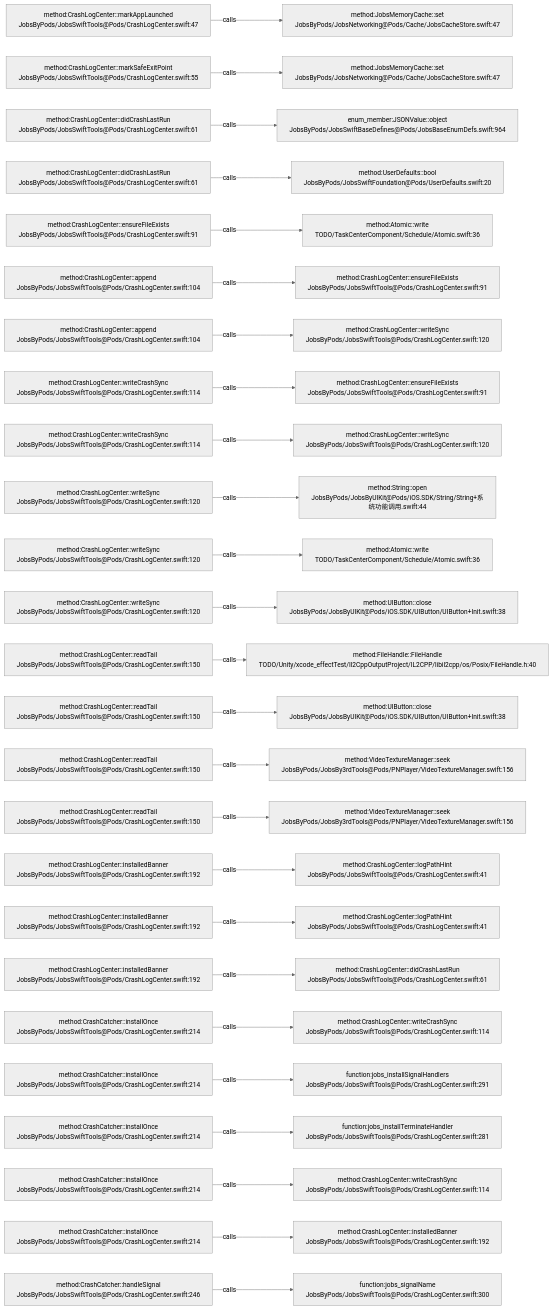
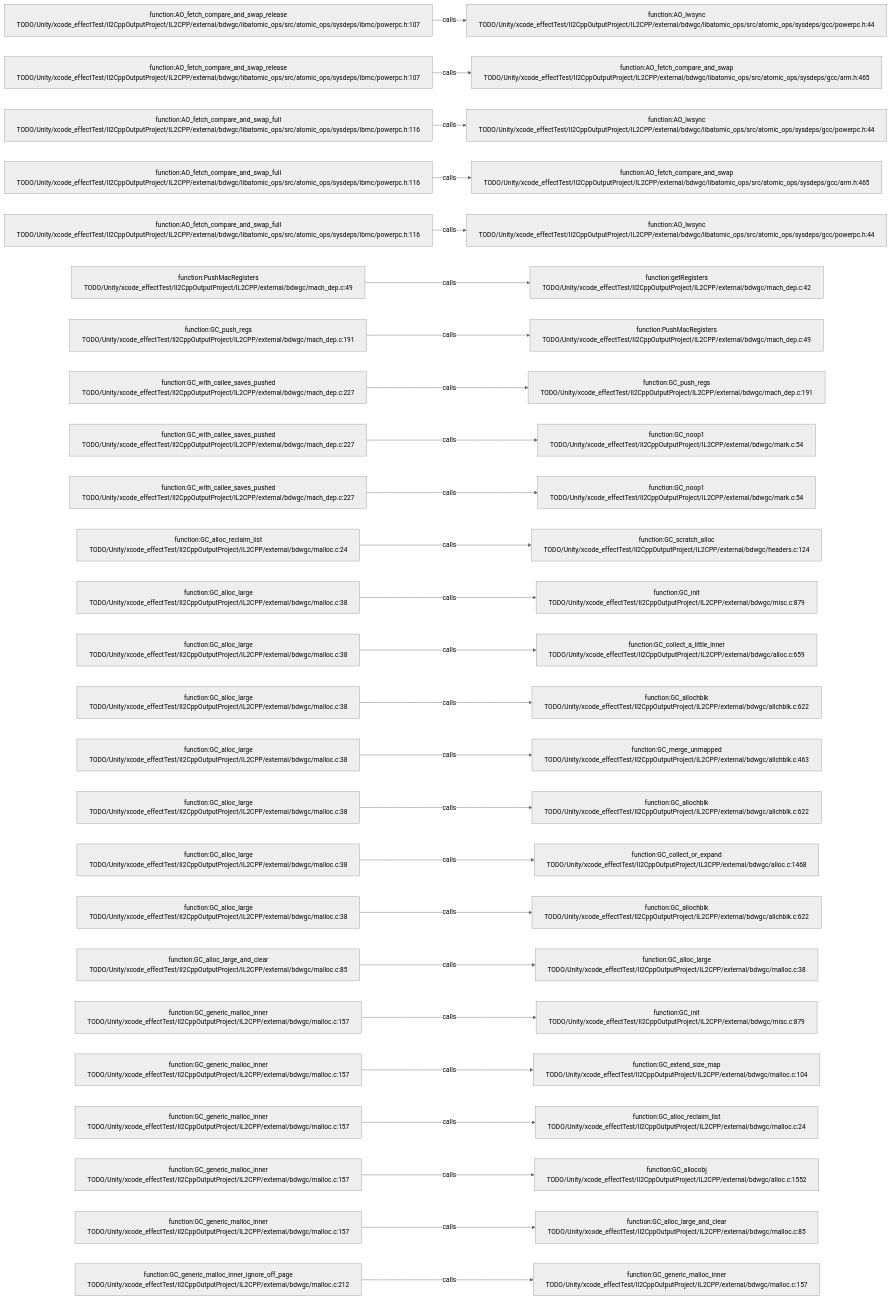
Before and after one commit to JobsKits/JobsSwiftBaseConfigDemo: the diagram in .codegraph/codegraph.md/graphs/calls-192.md, drawn with Mermaid (neutral theme). The commit also changed 569 other files, not shown here.

````diff
--- a/.codegraph/codegraph.md/graphs/calls-192.md
+++ b/.codegraph/codegraph.md/graphs/calls-192.md
@@ -13,78 +13,78 @@
 ```mermaid
 flowchart LR
-  S1["method:CrashLogCenter::markAppLaunched<br/>JobsByPods/JobsSwiftTools@Pods/CrashLogCenter.swift:47"]
-  T1["method:JobsMemoryCache::set<br/>JobsByPods/JobsNetworking@Pods/Cache/JobsCacheStore.swift:47"]
+  S1["function:AO_fetch_compare_and_swap_release<br/>TODO/Unity/xcode_effectTest/Il2CppOutputProject/IL2CPP/external/bdwgc/libatomic_ops/src/atomic_ops/sysdeps/ibmc/powerpc.h:107"]
+  T1["function:AO_lwsync<br/>TODO/Unity/xcode_effectTest/Il2CppOutputProject/IL2CPP/external/bdwgc/libatomic_ops/src/atomic_ops/sysdeps/gcc/powerpc.h:44"]
   S1 -->|calls| T1
-  S2["method:CrashLogCenter::markSafeExitPoint<br/>JobsByPods/JobsSwiftTools@Pods/CrashLogCenter.swift:55"]
-  T2["method:JobsMemoryCache::set<br/>JobsByPods/JobsNetworking@Pods/Cache/JobsCacheStore.swift:47"]
+  S2["function:AO_fetch_compare_and_swap_release<br/>TODO/Unity/xcode_effectTest/Il2CppOutputProject/IL2CPP/external/bdwgc/libatomic_ops/src/atomic_ops/sysdeps/ibmc/powerpc.h:107"]
+  T2["function:AO_fetch_compare_and_swap<br/>TODO/Unity/xcode_effectTest/Il2CppOutputProject/IL2CPP/external/bdwgc/libatomic_ops/src/atomic_ops/sysdeps/gcc/arm.h:465"]
   S2 -->|calls| T2
-  S3["method:CrashLogCenter::didCrashLastRun<br/>JobsByPods/JobsSwiftTools@Pods/CrashLogCenter.swift:61"]
-  T3["enum_member:JSONValue::object<br/>JobsByPods/JobsSwiftBaseDefines@Pods/JobsBaseEnumDefs.swift:964"]
+  S3["function:AO_fetch_compare_and_swap_full<br/>TODO/Unity/xcode_effectTest/Il2CppOutputProject/IL2CPP/external/bdwgc/libatomic_ops/src/atomic_ops/sysdeps/ibmc/powerpc.h:116"]
+  T3["function:AO_lwsync<br/>TODO/Unity/xcode_effectTest/Il2CppOutputProject/IL2CPP/external/bdwgc/libatomic_ops/src/atomic_ops/sysdeps/gcc/powerpc.h:44"]
   S3 -->|calls| T3
-  S4["method:CrashLogCenter::didCrashLastRun<br/>JobsByPods/JobsSwiftTools@Pods/CrashLogCenter.swift:61"]
-  T4["method:UserDefaults::bool<br/>JobsByPods/JobsSwiftFoundation@Pods/UserDefaults.swift:20"]
+  S4["function:AO_fetch_compare_and_swap_full<br/>TODO/Unity/xcode_effectTest/Il2CppOutputProject/IL2CPP/external/bdwgc/libatomic_ops/src/atomic_ops/sysdeps/ibmc/powerpc.h:116"]
+  T4["function:AO_fetch_compare_and_swap<br/>TODO/Unity/xcode_effectTest/Il2CppOutputProject/IL2CPP/external/bdwgc/libatomic_ops/src/atomic_ops/sysdeps/gcc/arm.h:465"]
   S4 -->|calls| T4
-  S5["method:CrashLogCenter::ensureFileExists<br/>JobsByPods/JobsSwiftTools@Pods/CrashLogCenter.swift:91"]
-  T5["method:Atomic::write<br/>TODO/TaskCenterComponent/Schedule/Atomic.swift:36"]
+  S5["function:AO_fetch_compare_and_swap_full<br/>TODO/Unity/xcode_effectTest/Il2CppOutputProject/IL2CPP/external/bdwgc/libatomic_ops/src/atomic_ops/sysdeps/ibmc/powerpc.h:116"]
+  T5["function:AO_lwsync<br/>TODO/Unity/xcode_effectTest/Il2CppOutputProject/IL2CPP/external/bdwgc/libatomic_ops/src/atomic_ops/sysdeps/gcc/powerpc.h:44"]
   S5 -->|calls| T5
-  S6["method:CrashLogCenter::append<br/>JobsByPods/JobsSwiftTools@Pods/CrashLogCenter.swift:104"]
-  T6["method:CrashLogCenter::ensureFileExists<br/>JobsByPods/JobsSwiftTools@Pods/CrashLogCenter.swift:91"]
+  S6["function:PushMacRegisters<br/>TODO/Unity/xcode_effectTest/Il2CppOutputProject/IL2CPP/external/bdwgc/mach_dep.c:49"]
+  T6["function:getRegisters<br/>TODO/Unity/xcode_effectTest/Il2CppOutputProject/IL2CPP/external/bdwgc/mach_dep.c:42"]
   S6 -->|calls| T6
-  S7["method:CrashLogCenter::append<br/>JobsByPods/JobsSwiftTools@Pods/CrashLogCenter.swift:104"]
-  T7["method:CrashLogCenter::writeSync<br/>JobsByPods/JobsSwiftTools@Pods/CrashLogCenter.swift:120"]
+  S7["function:GC_push_regs<br/>TODO/Unity/xcode_effectTest/Il2CppOutputProject/IL2CPP/external/bdwgc/mach_dep.c:191"]
+  T7["function:PushMacRegisters<br/>TODO/Unity/xcode_effectTest/Il2CppOutputProject/IL2CPP/external/bdwgc/mach_dep.c:49"]
   S7 -->|calls| T7
-  S8["method:CrashLogCenter::writeCrashSync<br/>JobsByPods/JobsSwiftTools@Pods/CrashLogCenter.swift:114"]
-  T8["method:CrashLogCenter::ensureFileExists<br/>JobsByPods/JobsSwiftTools@Pods/CrashLogCenter.swift:91"]
+  S8["function:GC_with_callee_saves_pushed<br/>TODO/Unity/xcode_effectTest/Il2CppOutputProject/IL2CPP/external/bdwgc/mach_dep.c:227"]
+  T8["function:GC_push_regs<br/>TODO/Unity/xcode_effectTest/Il2CppOutputProject/IL2CPP/external/bdwgc/mach_dep.c:191"]
   S8 -->|calls| T8
-  S9["method:CrashLogCenter::writeCrashSync<br/>JobsByPods/JobsSwiftTools@Pods/CrashLogCenter.swift:114"]
-  T9["method:CrashLogCenter::writeSync<br/>JobsByPods/JobsSwiftTools@Pods/CrashLogCenter.swift:120"]
+  S9["function:GC_with_callee_saves_pushed<br/>TODO/Unity/xcode_effectTest/Il2CppOutputProject/IL2CPP/external/bdwgc/mach_dep.c:227"]
+  T9["function:GC_noop1<br/>TODO/Unity/xcode_effectTest/Il2CppOutputProject/IL2CPP/external/bdwgc/mark.c:54"]
   S9 -->|calls| T9
-  S10["method:CrashLogCenter::writeSync<br/>JobsByPods/JobsSwiftTools@Pods/CrashLogCenter.swift:120"]
-  T10["method:String::open<br/>JobsByPods/JobsByUIKit@Pods/iOS.SDK/String/String+系统功能调用.swift:44"]
+  S10["function:GC_with_callee_saves_pushed<br/>TODO/Unity/xcode_effectTest/Il2CppOutputProject/IL2CPP/external/bdwgc/mach_dep.c:227"]
+  T10["function:GC_noop1<br/>TODO/Unity/xcode_effectTest/Il2CppOutputProject/IL2CPP/external/bdwgc/mark.c:54"]
   S10 -->|calls| T10
-  S11["method:CrashLogCenter::writeSync<br/>JobsByPods/JobsSwiftTools@Pods/CrashLogCenter.swift:120"]
-  T11["method:Atomic::write<br/>TODO/TaskCenterComponent/Schedule/Atomic.swift:36"]
+  S11["function:GC_alloc_reclaim_list<br/>TODO/Unity/xcode_effectTest/Il2CppOutputProject/IL2CPP/external/bdwgc/malloc.c:24"]
+  T11["function:GC_scratch_alloc<br/>TODO/Unity/xcode_effectTest/Il2CppOutputProject/IL2CPP/external/bdwgc/headers.c:124"]
   S11 -->|calls| T11
-  S12["method:CrashLogCenter::writeSync<br/>JobsByPods/JobsSwiftTools@Pods/CrashLogCenter.swift:120"]
-  T12["method:UIButton::close<br/>JobsByPods/JobsByUIKit@Pods/iOS.SDK/UIButton/UIButton+Init.swift:38"]
+  S12["function:GC_alloc_large<br/>TODO/Unity/xcode_effectTest/Il2CppOutputProject/IL2CPP/external/bdwgc/malloc.c:38"]
+  T12["function:GC_init<br/>TODO/Unity/xcode_effectTest/Il2CppOutputProject/IL2CPP/external/bdwgc/misc.c:879"]
   S12 -->|calls| T12
-  S13["method:CrashLogCenter::readTail<br/>JobsByPods/JobsSwiftTools@Pods/CrashLogCenter.swift:150"]
-  T13["method:FileHandle::FileHandle<br/>TODO/Unity/xcode_effectTest/Il2CppOutputProject/IL2CPP/libil2cpp/os/Posix/FileHandle.h:40"]
+  S13["function:GC_alloc_large<br/>TODO/Unity/xcode_effectTest/Il2CppOutputProject/IL2CPP/external/bdwgc/malloc.c:38"]
+  T13["function:GC_collect_a_little_inner<br/>TODO/Unity/xcode_effectTest/Il2CppOutputProject/IL2CPP/external/bdwgc/alloc.c:659"]
   S13 -->|calls| T13
-  S14["method:CrashLogCenter::readTail<br/>JobsByPods/JobsSwiftTools@Pods/CrashLogCenter.swift:150"]
-  T14["method:UIButton::close<br/>JobsByPods/JobsByUIKit@Pods/iOS.SDK/UIButton/UIButton+Init.swift:38"]
+  S14["function:GC_alloc_large<br/>TODO/Unity/xcode_effectTest/Il2CppOutputProject/IL2CPP/external/bdwgc/malloc.c:38"]
+  T14["function:GC_allochblk<br/>TODO/Unity/xcode_effectTest/Il2CppOutputProject/IL2CPP/external/bdwgc/allchblk.c:622"]
   S14 -->|calls| T14
-  S15["method:CrashLogCenter::readTail<br/>JobsByPods/JobsSwiftTools@Pods/CrashLogCenter.swift:150"]
-  T15["method:VideoTextureManager::seek<br/>JobsByPods/JobsBy3rdTools@Pods/PNPlayer/VideoTextureManager.swift:156"]
+  S15["function:GC_alloc_large<br/>TODO/Unity/xcode_effectTest/Il2CppOutputProject/IL2CPP/external/bdwgc/malloc.c:38"]
+  T15["function:GC_merge_unmapped<br/>TODO/Unity/xcode_effectTest/Il2CppOutputProject/IL2CPP/external/bdwgc/allchblk.c:463"]
   S15 -->|calls| T15
-  S16["method:CrashLogCenter::readTail<br/>JobsByPods/JobsSwiftTools@Pods/CrashLogCenter.swift:150"]
-  T16["method:VideoTextureManager::seek<br/>JobsByPods/JobsBy3rdTools@Pods/PNPlayer/VideoTextureManager.swift:156"]
+  S16["function:GC_alloc_large<br/>TODO/Unity/xcode_effectTest/Il2CppOutputProject/IL2CPP/external/bdwgc/malloc.c:38"]
+  T16["function:GC_allochblk<br/>TODO/Unity/xcode_effectTest/Il2CppOutputProject/IL2CPP/external/bdwgc/allchblk.c:622"]
   S16 -->|calls| T16
-  S17["method:CrashLogCenter::installedBanner<br/>JobsByPods/JobsSwiftTools@Pods/CrashLogCenter.swift:192"]
-  T17["method:CrashLogCenter::logPathHint<br/>JobsByPods/JobsSwiftTools@Pods/CrashLogCenter.swift:41"]
+  S17["function:GC_alloc_large<br/>TODO/Unity/xcode_effectTest/Il2CppOutputProject/IL2CPP/external/bdwgc/malloc.c:38"]
+  T17["function:GC_collect_or_expand<br/>TODO/Unity/xcode_effectTest/Il2CppOutputProject/IL2CPP/external/bdwgc/alloc.c:1468"]
   S17 -->|calls| T17
-  S18["method:CrashLogCenter::installedBanner<br/>JobsByPods/JobsSwiftTools@Pods/CrashLogCenter.swift:192"]
-  T18["method:CrashLogCenter::logPathHint<br/>JobsByPods/JobsSwiftTools@Pods/CrashLogCenter.swift:41"]
+  S18["function:GC_alloc_large<br/>TODO/Unity/xcode_effectTest/Il2CppOutputProject/IL2CPP/external/bdwgc/malloc.c:38"]
+  T18["function:GC_allochblk<br/>TODO/Unity/xcode_effectTest/Il2CppOutputProject/IL2CPP/external/bdwgc/allchblk.c:622"]
   S18 -->|calls| T18
-  S19["method:CrashLogCenter::installedBanner<br/>JobsByPods/JobsSwiftTools@Pods/CrashLogCenter.swift:192"]
-  T19["method:CrashLogCenter::didCrashLastRun<br/>JobsByPods/JobsSwiftTools@Pods/CrashLogCenter.swift:61"]
+  S19["function:GC_alloc_large_and_clear<br/>TODO/Unity/xcode_effectTest/Il2CppOutputProject/IL2CPP/external/bdwgc/malloc.c:85"]
+  T19["function:GC_alloc_large<br/>TODO/Unity/xcode_effectTest/Il2CppOutputProject/IL2CPP/external/bdwgc/malloc.c:38"]
   S19 -->|calls| T19
-  S20["method:CrashCatcher::installOnce<br/>JobsByPods/JobsSwiftTools@Pods/CrashLogCenter.swift:214"]
-  T20["method:CrashLogCenter::writeCrashSync<br/>JobsByPods/JobsSwiftTools@Pods/CrashLogCenter.swift:114"]
+  S20["function:GC_generic_malloc_inner<br/>TODO/Unity/xcode_effectTest/Il2CppOutputProject/IL2CPP/external/bdwgc/malloc.c:157"]
+  T20["function:GC_init<br/>TODO/Unity/xcode_effectTest/Il2CppOutputProject/IL2CPP/external/bdwgc/misc.c:879"]
   S20 -->|calls| T20
-  S21["method:CrashCatcher::installOnce<br/>JobsByPods/JobsSwiftTools@Pods/CrashLogCenter.swift:214"]
-  T21["function:jobs_installSignalHandlers<br/>JobsByPods/JobsSwiftTools@Pods/CrashLogCenter.swift:291"]
+  S21["function:GC_generic_malloc_inner<br/>TODO/Unity/xcode_effectTest/Il2CppOutputProject/IL2CPP/external/bdwgc/malloc.c:157"]
+  T21["function:GC_extend_size_map<br/>TODO/Unity/xcode_effectTest/Il2CppOutputProject/IL2CPP/external/bdwgc/malloc.c:104"]
   S21 -->|calls| T21
-  S22["method:CrashCatcher::installOnce<br/>JobsByPods/JobsSwiftTools@Pods/CrashLogCenter.swift:214"]
-  T22["function:jobs_installTerminateHandler<br/>JobsByPods/JobsSwiftTools@Pods/CrashLogCenter.swift:281"]
+  S22["function:GC_generic_malloc_inner<br/>TODO/Unity/xcode_effectTest/Il2CppOutputProject/IL2CPP/external/bdwgc/malloc.c:157"]
+  T22["function:GC_alloc_reclaim_list<br/>TODO/Unity/xcode_effectTest/Il2CppOutputProject/IL2CPP/external/bdwgc/malloc.c:24"]
   S22 -->|calls| T22
-  S23["method:CrashCatcher::installOnce<br/>JobsByPods/JobsSwiftTools@Pods/CrashLogCenter.swift:214"]
-  T23["method:CrashLogCenter::writeCrashSync<br/>JobsByPods/JobsSwiftTools@Pods/CrashLogCenter.swift:114"]
+  S23["function:GC_generic_malloc_inner<br/>TODO/Unity/xcode_effectTest/Il2CppOutputProject/IL2CPP/external/bdwgc/malloc.c:157"]
+  T23["function:GC_allocobj<br/>TODO/Unity/xcode_effectTest/Il2CppOutputProject/IL2CPP/external/bdwgc/alloc.c:1552"]
   S23 -->|calls| T23
-  S24["method:CrashCatcher::installOnce<br/>JobsByPods/JobsSwiftTools@Pods/CrashLogCenter.swift:214"]
-  T24["method:CrashLogCenter::installedBanner<br/>JobsByPods/JobsSwiftTools@Pods/CrashLogCenter.swift:192"]
+  S24["function:GC_generic_malloc_inner<br/>TODO/Unity/xcode_effectTest/Il2CppOutputProject/IL2CPP/external/bdwgc/malloc.c:157"]
+  T24["function:GC_alloc_large_and_clear<br/>TODO/Unity/xcode_effectTest/Il2CppOutputProject/IL2CPP/external/bdwgc/malloc.c:85"]
   S24 -->|calls| T24
-  S25["method:CrashCatcher::handleSignal<br/>JobsByPods/JobsSwiftTools@Pods/CrashLogCenter.swift:246"]
-  T25["function:jobs_signalName<br/>JobsByPods/JobsSwiftTools@Pods/CrashLogCenter.swift:300"]
+  S25["function:GC_generic_malloc_inner_ignore_off_page<br/>TODO/Unity/xcode_effectTest/Il2CppOutputProject/IL2CPP/external/bdwgc/malloc.c:212"]
+  T25["function:GC_generic_malloc_inner<br/>TODO/Unity/xcode_effectTest/Il2CppOutputProject/IL2CPP/external/bdwgc/malloc.c:157"]
   S25 -->|calls| T25
 ```
````
